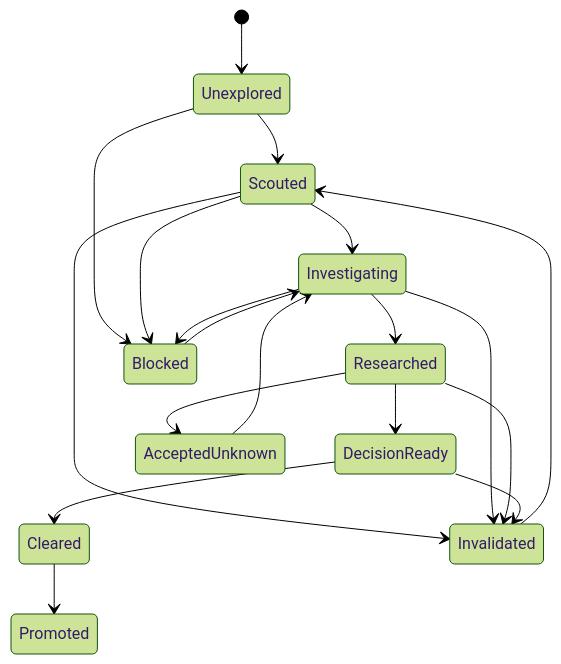
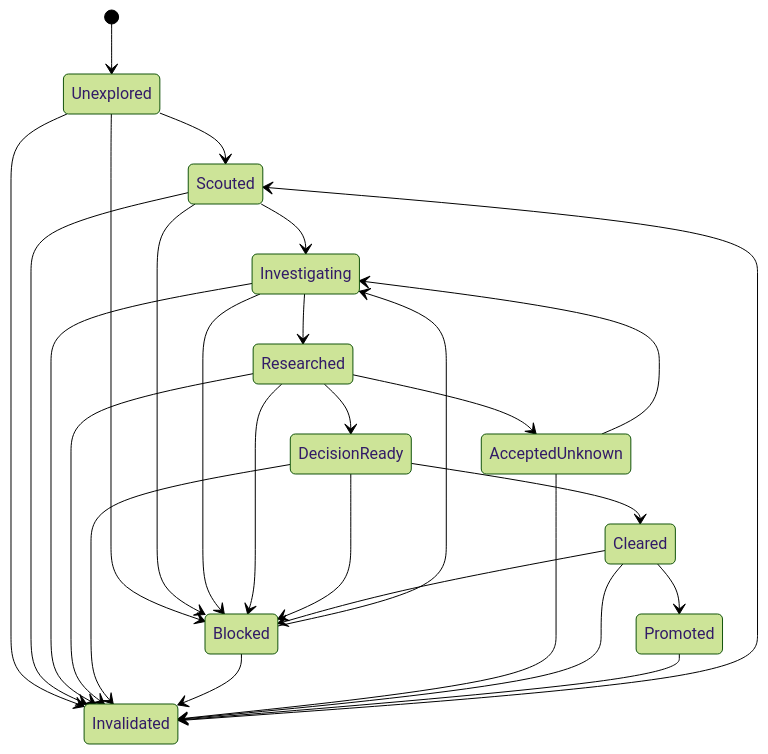
Before and after one commit to jdylanmc/skills: the third of 11 diagrams in skills/discovery-loop/README.md, drawn with Mermaid (forest theme). The commit also changed other lines of this file and 16 other files, not shown here.

````diff
--- a/skills/discovery-loop/README.md
+++ b/skills/discovery-loop/README.md
@@ -77,24 +195,32 @@
 ```mermaid
 stateDiagram-v2
     [*] --> Unexplored
     Unexplored --> Scouted
     Scouted --> Investigating
     Investigating --> Researched
     Researched --> DecisionReady
     DecisionReady --> Cleared
     Cleared --> Promoted
 
     Unexplored --> Blocked
     Scouted --> Blocked
     Investigating --> Blocked
+    Researched --> Blocked
+    DecisionReady --> Blocked
+    Cleared --> Blocked
     Researched --> AcceptedUnknown
 
+    Unexplored --> Invalidated
     Scouted --> Invalidated
     Investigating --> Invalidated
     Researched --> Invalidated
     DecisionReady --> Invalidated
+    Blocked --> Invalidated
+    AcceptedUnknown --> Invalidated
+    Cleared --> Invalidated
+    Promoted --> Invalidated
 
     Blocked --> Investigating
     AcceptedUnknown --> Investigating
     Invalidated --> Scouted
 ```
````
